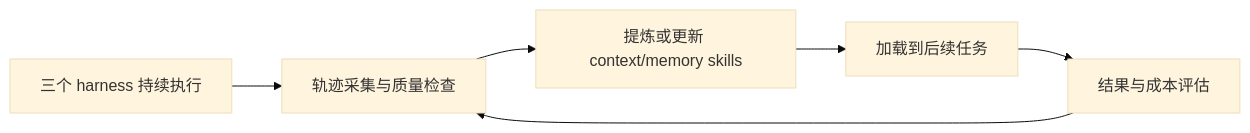
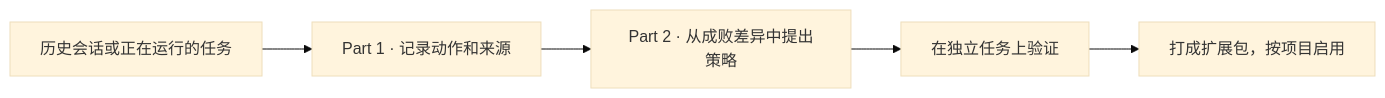
The diagram in README.md (hzher/Skill_RSI), drawn with Mermaid (base theme) before and after one commit. The commit also changed other lines of this file and 117 other files, not shown here.

````diff
--- a/README.md
+++ b/README.md
@@ -7,8 +38,7 @@
 ```mermaid
 flowchart LR
-    A[三个 harness 持续执行] --> B[轨迹采集与质量检查]
-    B --> C[提炼或更新 context/memory skills]
-    C --> D[加载到后续任务]
-    D --> E[结果与成本评估]
-    E --> B
+    A["历史会话或正在运行的任务"] --> B["Part 1 · 记录动作和来源"]
+    B --> C["Part 2 · 从成败差异中提出策略"]
+    C --> D["在独立任务上验证"]
+    D --> E["打成扩展包，按项目启用"]
 ```
````
